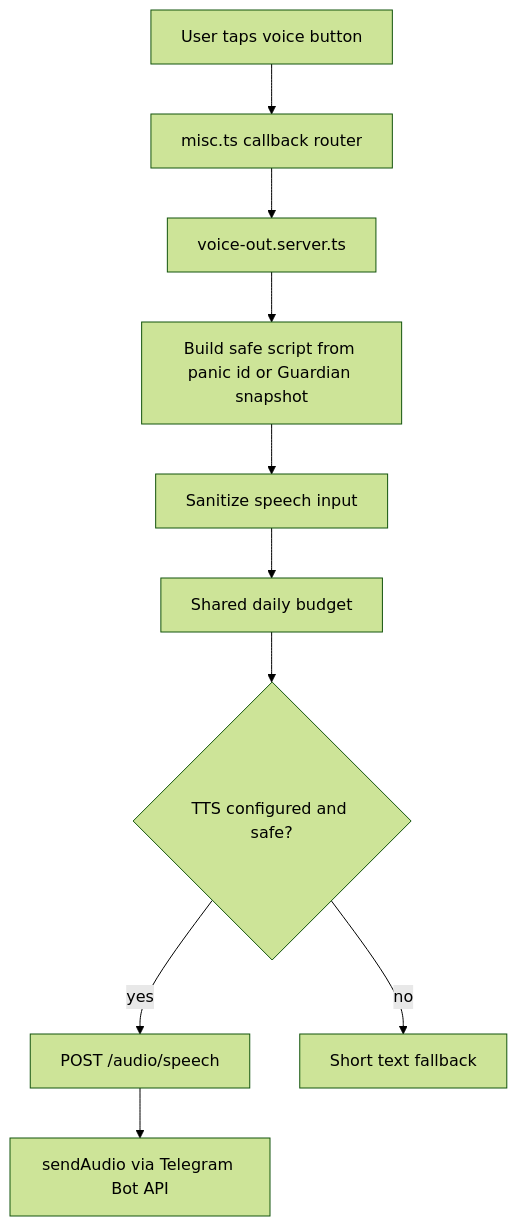
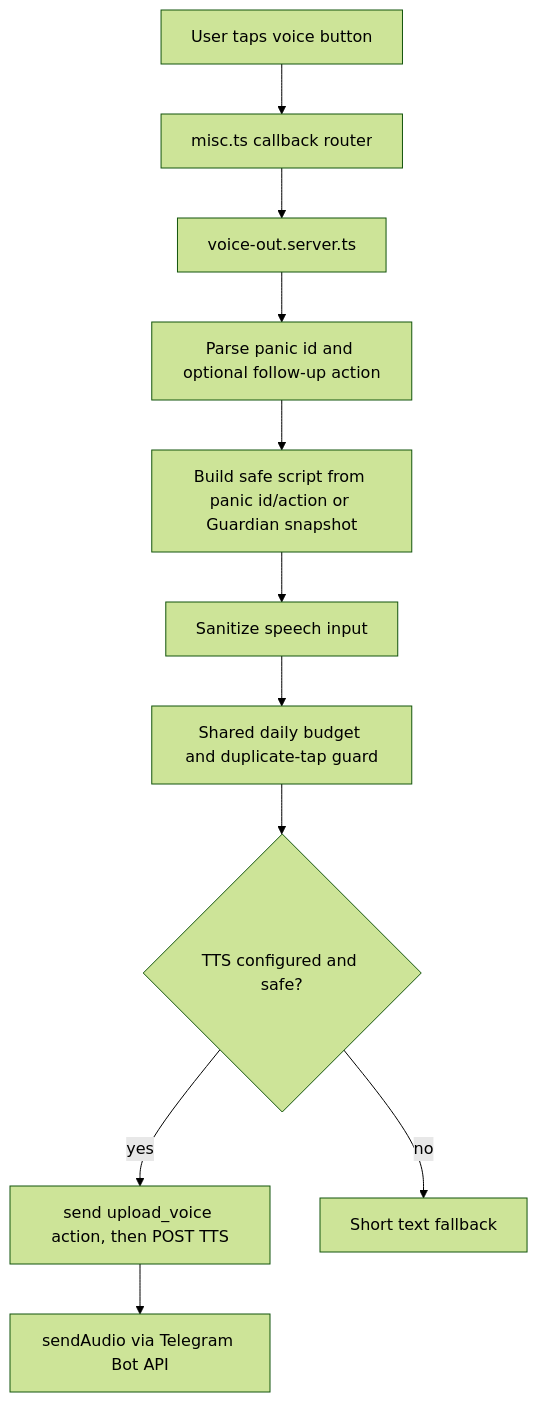
The diagram in .kiro/specs/telegram-voice-out-tts-v1/design.md (Web-pixel-creator/Scam-guard-Main), drawn with Mermaid (forest theme) before and after one commit. The commit also changed other lines of this file and 14 other files, not shown here.

````diff
--- a/.kiro/specs/telegram-voice-out-tts-v1/design.md
+++ b/.kiro/specs/telegram-voice-out-tts-v1/design.md
@@ -12,12 +14,13 @@
 ```mermaid
 flowchart TD
   A["User taps voice button"] --> B["misc.ts callback router"]
   B --> C["voice-out.server.ts"]
-  C --> D["Build safe script from panic id or Guardian snapshot"]
-  D --> E["Sanitize speech input"]
-  E --> F["Shared daily budget"]
-  F --> G{"TTS configured and safe?"}
-  G -->|yes| H["POST /audio/speech"]
-  H --> I["sendAudio via Telegram Bot API"]
-  G -->|no| J["Short text fallback"]
+  C --> D["Parse panic id and optional follow-up action"]
+  D --> E["Build safe script from panic id/action or Guardian snapshot"]
+  E --> F["Sanitize speech input"]
+  F --> G["Shared daily budget and duplicate-tap guard"]
+  G --> H{"TTS configured and safe?"}
+  H -->|yes| I["send upload_voice action, then POST TTS"]
+  I --> J["sendAudio via Telegram Bot API"]
+  H -->|no| K["Short text fallback"]
 ```
````
